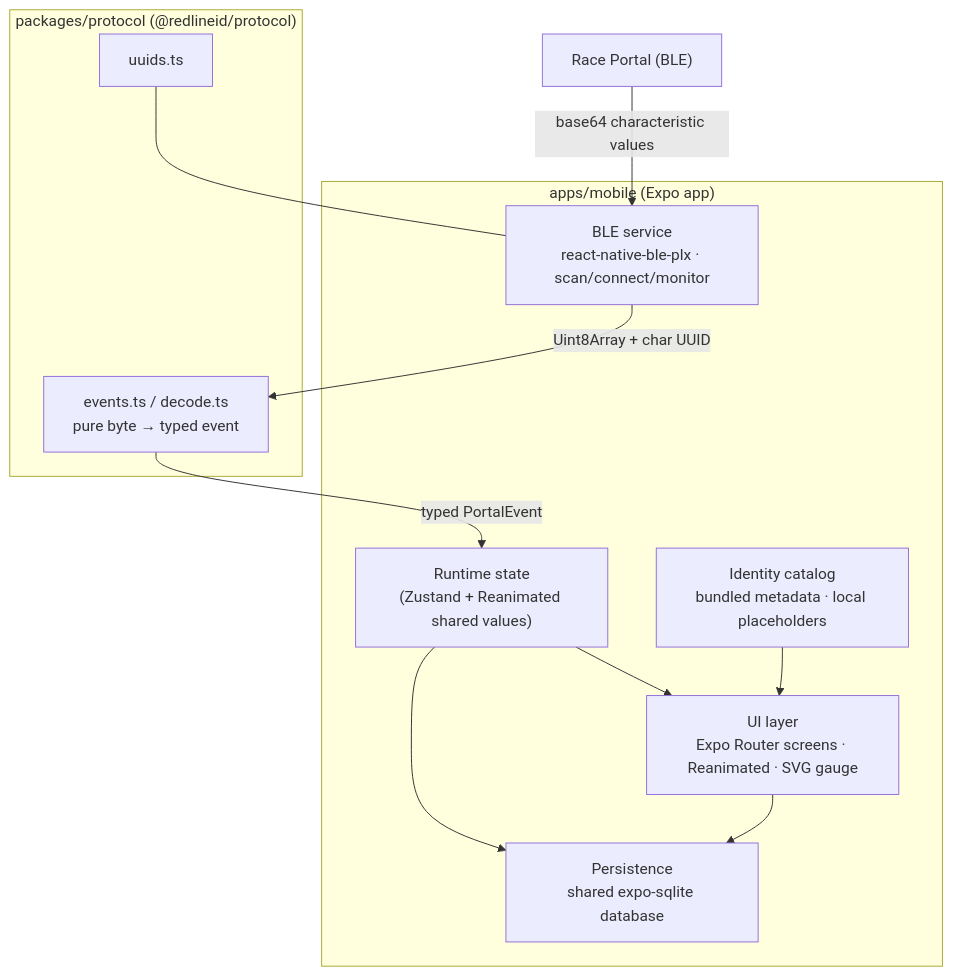
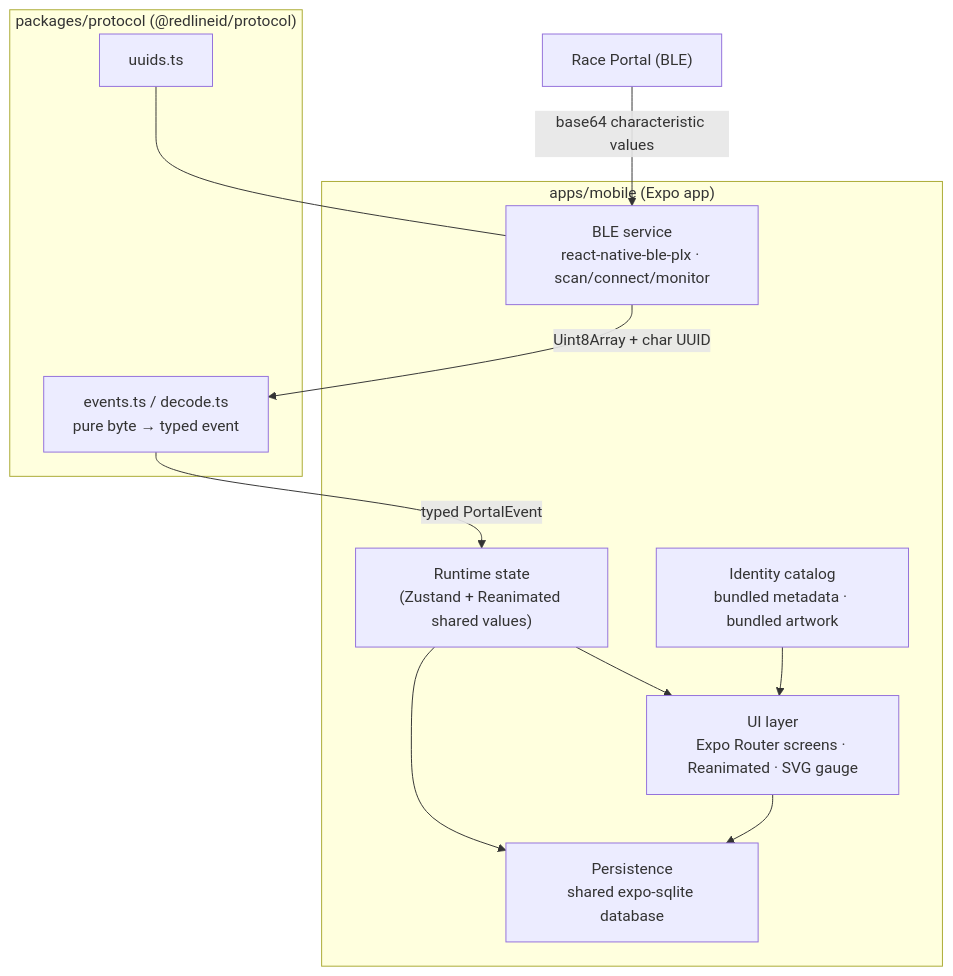
The second of 3 diagrams in docs/architecture/README.md (burkben/HotWheelsID), drawn with Mermaid before and after one commit. The commit also changed other lines of this file and 158 other files, not shown here.

````diff
--- a/docs/architecture/README.md
+++ b/docs/architecture/README.md
@@ -47,26 +47,26 @@
 ```mermaid
 flowchart TB
     subgraph mobile["apps/mobile (Expo app)"]
         UI["UI layer<br/>Expo Router screens · Reanimated · SVG gauge"]
         Store["Runtime state<br/>(Zustand + Reanimated shared values)"]
         BLE["BLE service<br/>react-native-ble-plx · scan/connect/monitor"]
         Persist["Persistence<br/>shared expo-sqlite database"]
-        Catalog["Identity catalog<br/>bundled metadata · local placeholders"]
+        Catalog["Identity catalog<br/>bundled metadata · bundled artwork"]
     end
 
     subgraph pkg["packages/protocol (@redlineid/protocol)"]
         UUIDs["uuids.ts"]
         Parse["events.ts / decode.ts<br/>pure byte → typed event"]
     end
 
     Portal["Race Portal (BLE)"]
 
     Portal -- "base64 characteristic values" --> BLE
     BLE -- "Uint8Array + char UUID" --> Parse
     Parse -- "typed PortalEvent" --> Store
     UUIDs --- BLE
     Store --> UI
     Store --> Persist
     UI --> Persist
     Catalog --> UI
 ```
````
